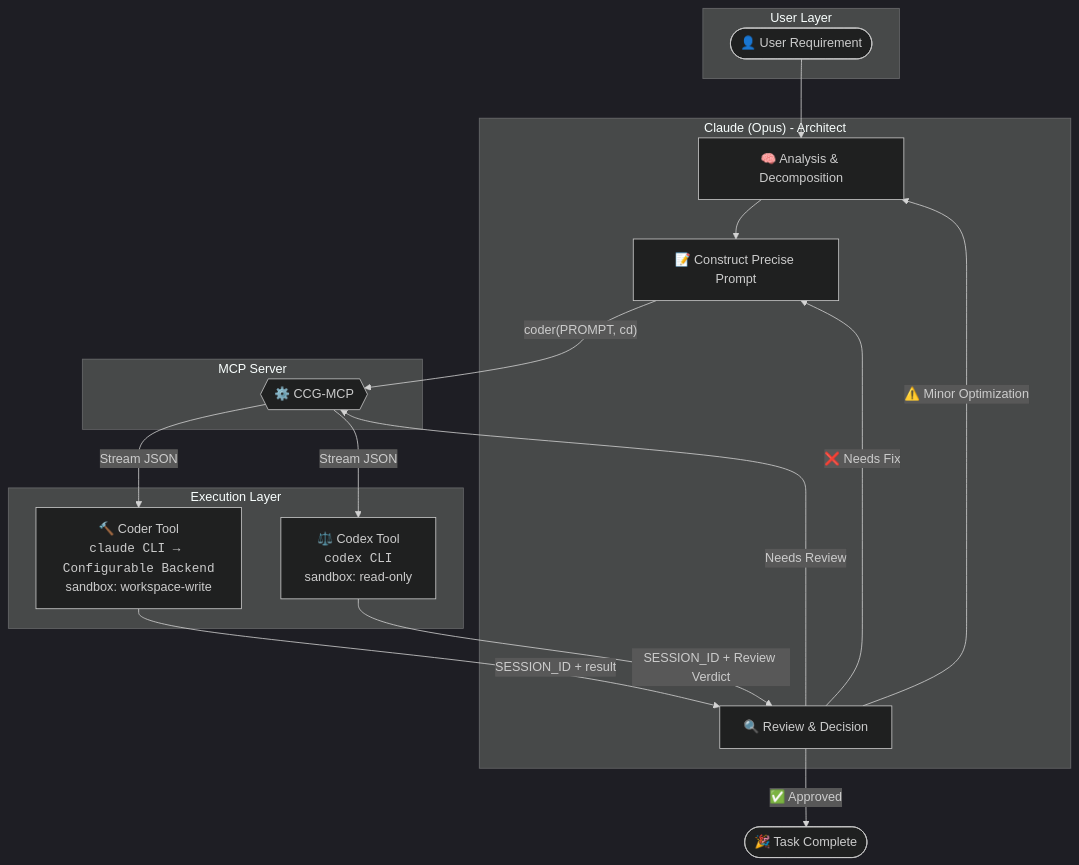
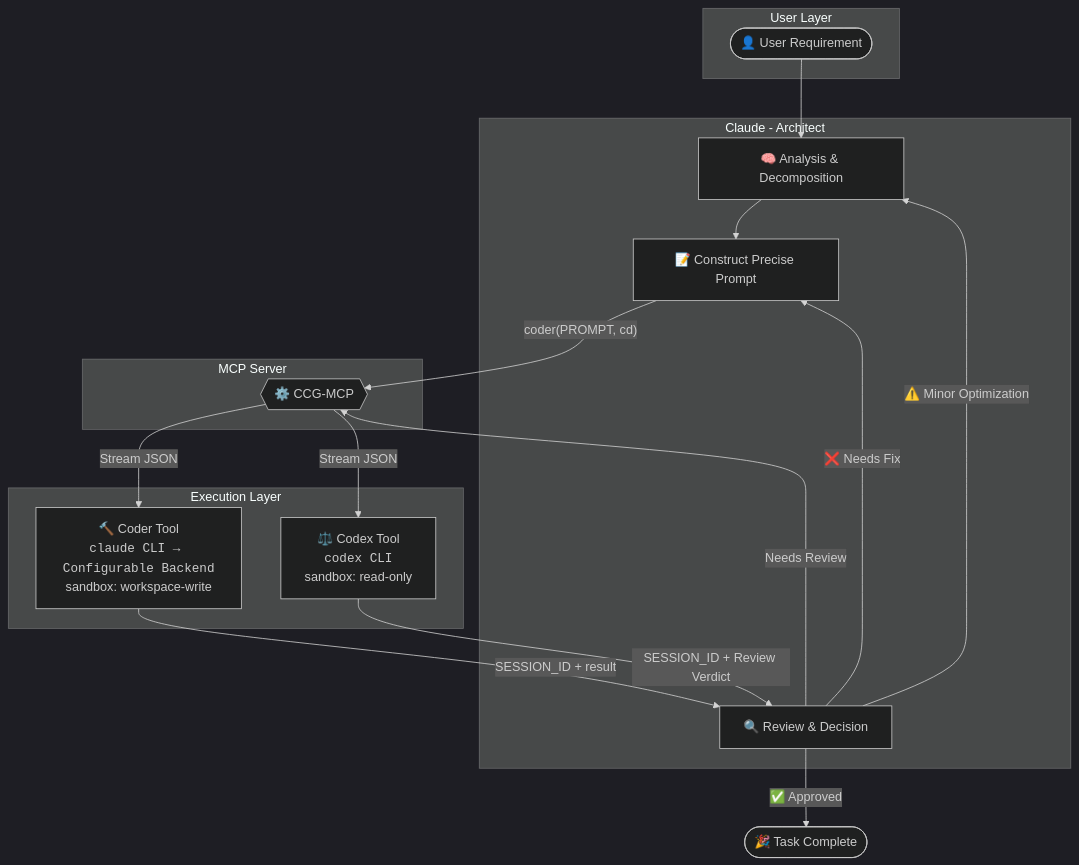
The diagram in README_EN.md (FredericMN/Coder-Codex-Gemini), drawn with Mermaid (dark theme) before and after one commit. The commit also changed other lines of this file and 2 other files, not shown here.

First line of the commit message:
docs: 简化 Claude 描述，移除 Opus 版本标识

````diff
--- a/README_EN.md
+++ b/README_EN.md
@@ -49,35 +50,35 @@
 ```mermaid
 flowchart TB
     subgraph UserLayer ["User Layer"]
         User(["👤 User Requirement"])
     end
 
-    subgraph ClaudeLayer ["Claude (Opus) - Architect"]
+    subgraph ClaudeLayer ["Claude - Architect"]
         Claude["🧠 Analysis & Decomposition"]
         Prompt["📝 Construct Precise Prompt"]
         Review["🔍 Review & Decision"]
     end
 
     subgraph MCPLayer ["MCP Server"]
         MCP{{"⚙️ CCG-MCP"}}
     end
 
     subgraph ToolLayer ["Execution Layer"]
         Coder["🔨 Coder Tool<br><code>claude CLI → Configurable Backend</code><br>sandbox: workspace-write"]
         Codex["⚖️ Codex Tool<br><code>codex CLI</code><br>sandbox: read-only"]
     end
 
     User --> Claude
     Claude --> Prompt
     Prompt -->|"coder(PROMPT, cd)"| MCP
     MCP -->|"Stream JSON"| Coder
     Coder -->|"SESSION_ID + result"| Review
 
     Review -->|"Needs Review"| MCP
     MCP -->|"Stream JSON"| Codex
     Codex -->|"SESSION_ID + Review Verdict"| Review
 
     Review -->|"✅ Approved"| Done(["🎉 Task Complete"])
     Review -->|"❌ Needs Fix"| Prompt
     Review -->|"⚠️ Minor Optimization"| Claude
 ```
````
